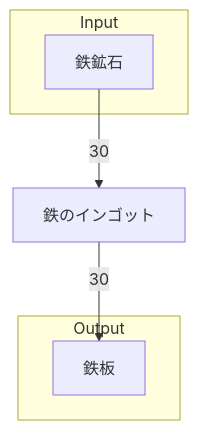
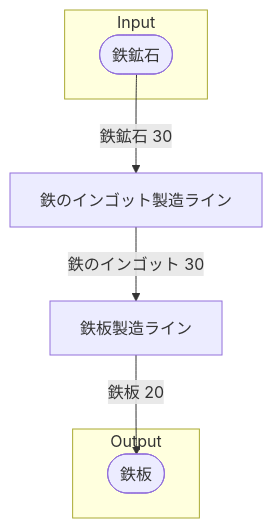
Before and after one commit to Suzuran-Amano/SatisfactoryTaskEfficiency: the diagram in 40_FactoryBuilding/10_工場設計手順書/30‗全体製造ライン設計書/手順書_全体製造ライン設計書.md, drawn with Mermaid. The commit also changed other lines of this file and 2 other files, not shown here.

````diff
--- a/40_FactoryBuilding/10_工場設計手順書/30‗全体製造ライン設計書/手順書_全体製造ライン設計書.md
+++ b/40_FactoryBuilding/10_工場設計手順書/30‗全体製造ライン設計書/手順書_全体製造ライン設計書.md
@@ -14,19 +41,21 @@
 ```mermaid
 flowchart TD
 
 subgraph Input
-    鉄鉱石[鉄鉱石]
+    鉄鉱石([鉄鉱石])
 end
 
-鉄のインゴット[鉄のインゴット]
+鉄のインゴット製造ライン[鉄のインゴット製造ライン]
+鉄板製造ライン[鉄板製造ライン]
 
 subgraph Output
-    鉄板[鉄板]
+    鉄板([鉄板])
 end
 
 
-鉄鉱石-->|30|鉄のインゴット
-鉄のインゴット-->|30|鉄板
+鉄鉱石-->|鉄鉱石 30|鉄のインゴット製造ライン
+鉄のインゴット製造ライン-->|鉄のインゴット 30|鉄板製造ライン
+鉄板製造ライン-->|鉄板 20|鉄板
 
 
 ```
````
